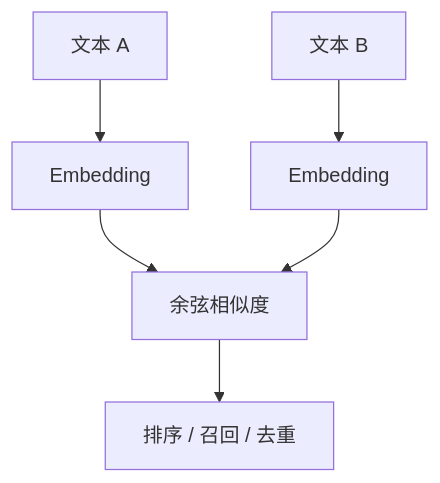
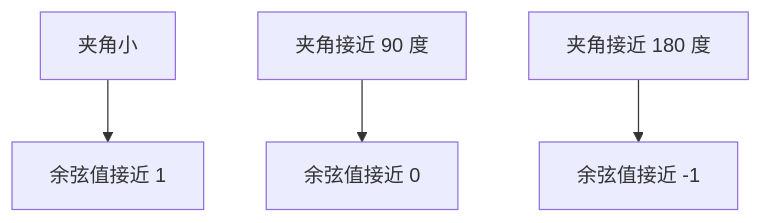
One commit to benx92/ai-learning-notes changed the third of 7 diagrams in 07-余弦相似度如何判断两段文本像不像.md. Above: the diagram before and after it, drawn with Mermaid. The commit also changed other lines of this file, not shown here.

````diff
--- a/07-余弦相似度如何判断两段文本像不像.md
+++ b/07-余弦相似度如何判断两段文本像不像.md
@@ -188,8 +159,6 @@
 ```mermaid
 flowchart TD
-    A[文本 A] --> B[Embedding]
-    C[文本 B] --> D[Embedding]
-    B --> E[余弦相似度]
-    D --> E
-    E --> F[排序 / 召回 / 去重]
+    A[夹角小] --> B[余弦值接近 1]
+    C[夹角接近 90 度] --> D[余弦值接近 0]
+    E[夹角接近 180 度] --> F[余弦值接近 -1]
 ```
````
